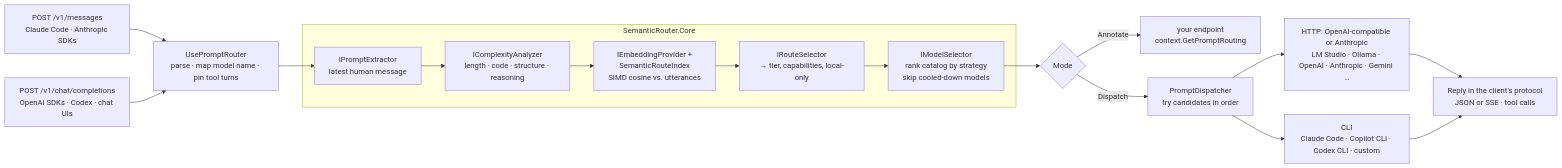
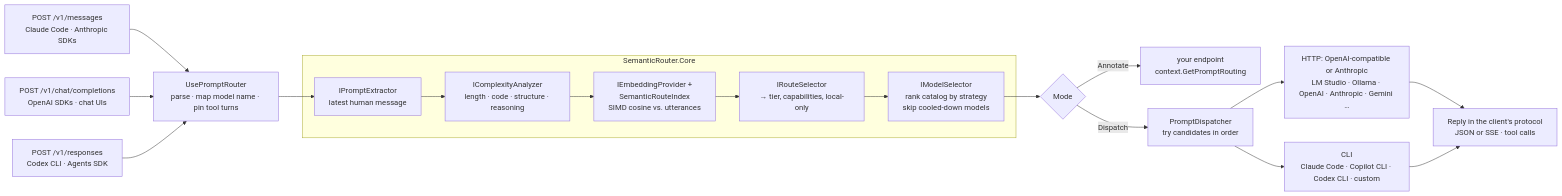
The diagram in README.md (siebe41/SemanticRouter.NET), drawn with Mermaid before and after one commit. The commit also changed other lines of this file and 32 other files, not shown here.

````diff
--- a/README.md
+++ b/README.md
@@ -73,19 +73,20 @@
 ```mermaid
 flowchart LR
     A1[POST /v1/messages<br/>Claude Code · Anthropic SDKs] --> B
-    A2[POST /v1/chat/completions<br/>OpenAI SDKs · Codex · chat UIs] --> B
+    A2[POST /v1/chat/completions<br/>OpenAI SDKs · chat UIs] --> B
+    A3[POST /v1/responses<br/>Codex CLI · Agents SDK] --> B
     B[UsePromptRouter<br/>parse · map model name · pin tool turns] --> C[IPromptExtractor<br/>latest human message]
     subgraph Core [SemanticRouter.Core]
         C --> D[IComplexityAnalyzer<br/>length · code · structure · reasoning]
         D --> E[IEmbeddingProvider +<br/>SemanticRouteIndex<br/>SIMD cosine vs. utterances]
         E --> F[IRouteSelector<br/>→ tier, capabilities, local-only]
         F --> G[IModelSelector<br/>rank catalog by strategy<br/>skip cooled-down models]
     end
     G --> H{Mode}
     H -- "Annotate" --> I[your endpoint<br/>context.GetPromptRouting]
     H -- "Dispatch" --> J[PromptDispatcher<br/>try candidates in order]
     J --> K[HTTP: OpenAI-compatible or Anthropic<br/>LM Studio · Ollama · OpenAI · Anthropic · Gemini …]
     J --> L[CLI<br/>Claude Code · Copilot CLI · Codex CLI · custom]
     K --> M[Reply in the client's protocol<br/>JSON or SSE · tool calls]
     L --> M
 ```
````
